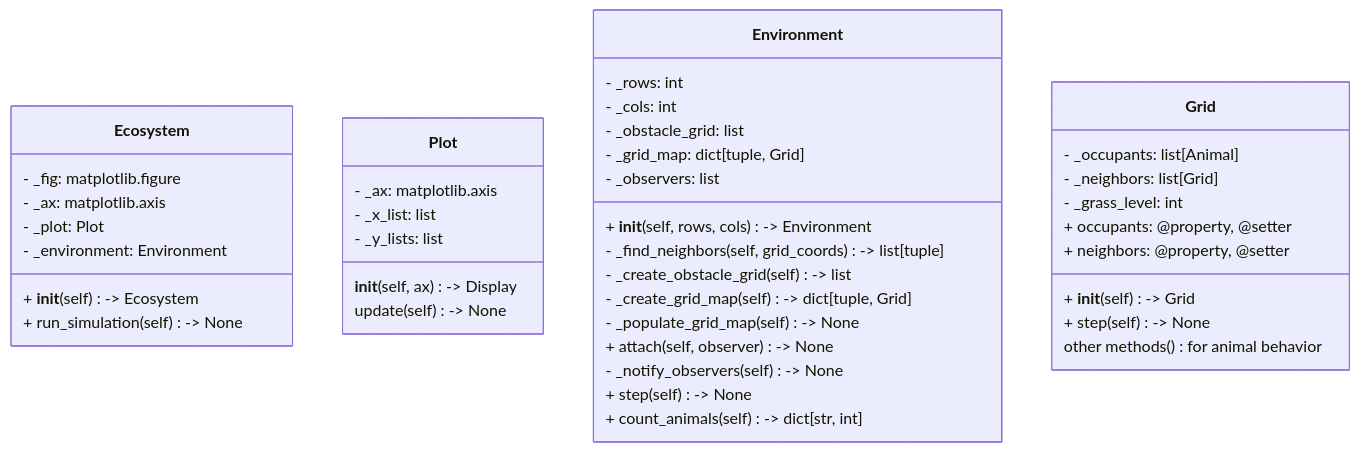
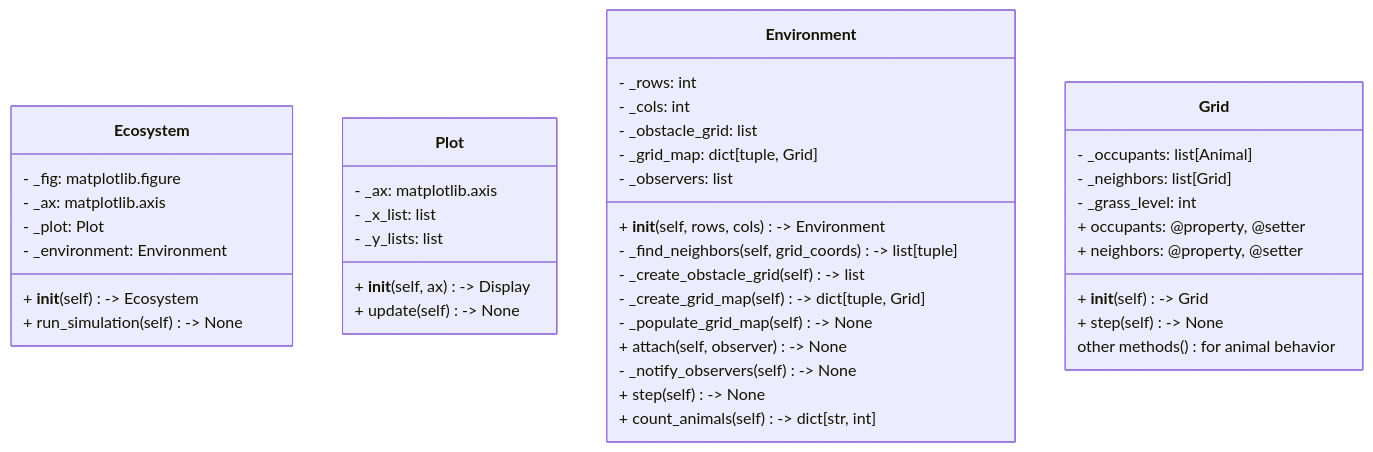
One commit to jonathancsci/eco-sys-sim changed the diagram in README.md. Above: the diagram before and after it, drawn with Mermaid.

Commit message:
Minor UML change

````diff
--- a/README.md
+++ b/README.md
@@ -4,49 +4,49 @@
 ```mermaid
 classDiagram
 class Ecosystem {
     - _fig: matplotlib.figure
     - _ax: matplotlib.axis
     - _plot: Plot
     - _environment: Environment
 
     + __init__(self) -> Ecosystem
     + run_simulation(self) -> None
 }
 class Plot {
     - _ax: matplotlib.axis
     - _x_list: list
     - _y_lists: list
 
-    __init__(self, ax) -> Display
-    update(self) -> None
+    + __init__(self, ax) -> Display
+    + update(self) -> None
 }
 class Environment {
     - _rows: int
     - _cols: int
     - _obstacle_grid: list
     - _grid_map: dict[tuple, Grid]
     - _observers: list
 
     + __init__(self, rows, cols) -> Environment
     - _find_neighbors(self, grid_coords) -> list[tuple]
     - _create_obstacle_grid(self) -> list
     - _create_grid_map(self) -> dict[tuple, Grid]
     - _populate_grid_map(self) -> None
     + attach(self, observer) -> None
     - _notify_observers(self) -> None
     + step(self) -> None
     + count_animals(self) -> dict[str, int]
 }
 class Grid {
     - _occupants: list[Animal]
     - _neighbors: list[Grid]
     - _grass_level: int
     + occupants: @property, @setter
     + neighbors: @property, @setter
 
     + __init__(self) -> Grid
     + step(self) -> None
     other methods() for animal behavior
 }
 
 ```
````
